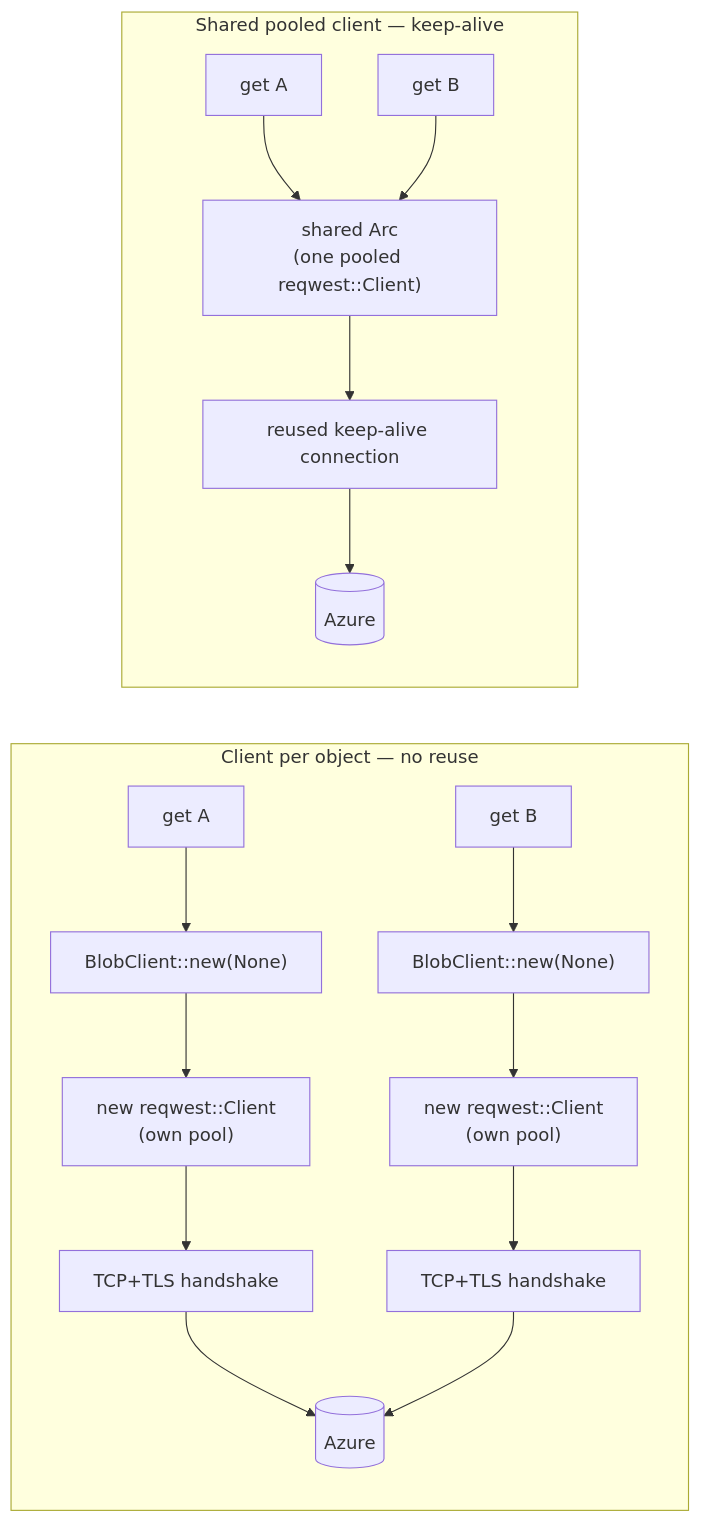
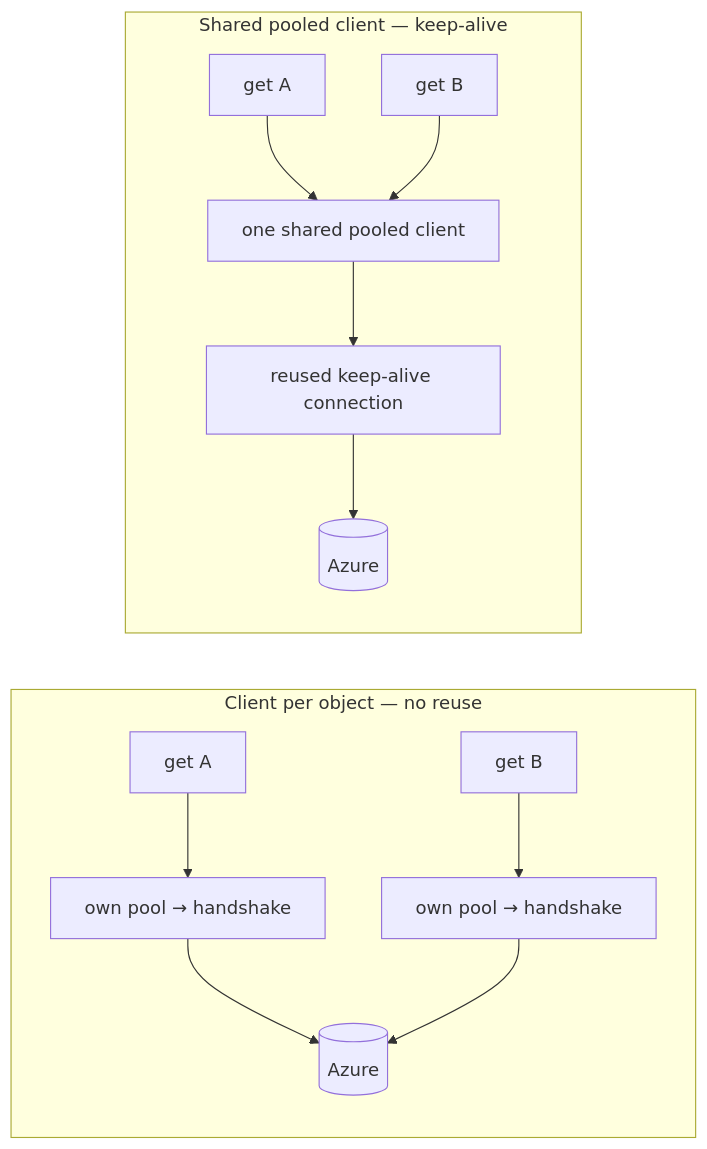
The fourth of 4 diagrams in packages/cargo-bench-history/docs/analyze.md (folo-rs/folo), drawn with Mermaid before and after one commit. The commit also changed other lines of this file and 8 other files, not shown here.

````diff
--- a/packages/cargo-bench-history/docs/analyze.md
+++ b/packages/cargo-bench-history/docs/analyze.md
@@ -275,14 +164,12 @@
 ```mermaid
 flowchart LR
-  subgraph NOW["Client per object — no reuse"]
-    direction TB
-    A1["get A"] --> AC1["BlobClient::new(None)"] --> AR1["new reqwest::Client\n(own pool)"] --> AH1["TCP+TLS handshake"] --> AZ[("Azure")]
-    B1["get B"] --> BC1["BlobClient::new(None)"] --> BR1["new reqwest::Client\n(own pool)"] --> BH1["TCP+TLS handshake"] --> AZ
+  subgraph BAD["Client per object — no reuse"]
+    A1["get A"] --> AR1["own pool → handshake"] --> AZ[("Azure")]
+    B1["get B"] --> BR1["own pool → handshake"] --> AZ
   end
-  subgraph FIX["Shared pooled client — keep-alive"]
-    direction TB
-    A2["get A"] --> SP["shared Arc<dyn HttpClient>\n(one pooled reqwest::Client)"]
+  subgraph GOOD["Shared pooled client — keep-alive"]
+    A2["get A"] --> SP["one shared pooled client"]
     B2["get B"] --> SP
     SP --> KH["reused keep-alive connection"] --> AZ2[("Azure")]
   end
 ```
````
